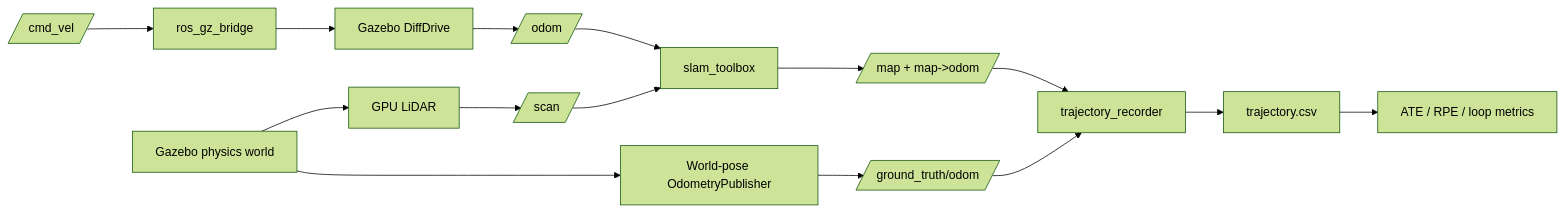
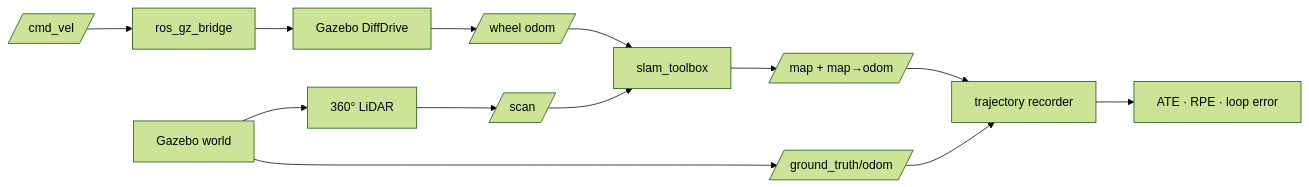
The diagram in README.md (VivekVRobo/slam-robot-ros2), drawn with Mermaid (forest theme) before and after one commit. The commit also changed other lines of this file, not shown here.

````diff
--- a/README.md
+++ b/README.md
@@ -48,17 +11,15 @@
 ```mermaid
 flowchart LR
-    CMD[/cmd_vel/] --> B[ros_gz_bridge]
-    B --> DD[Gazebo DiffDrive]
-    DD --> ODOM[/odom/]
-    GZ[Gazebo physics world] --> L[GPU LiDAR]
-    L --> SCAN[/scan/]
-    GZ --> GT[World-pose OdometryPublisher]
-    GT --> GTO[/ground_truth/odom/]
+    CMD[/cmd_vel/] --> BRIDGE[ros_gz_bridge]
+    BRIDGE --> DRIVE[Gazebo DiffDrive]
+    DRIVE --> ODOM[/wheel odom/]
+    GZ[Gazebo world] --> LIDAR[360° LiDAR]
+    LIDAR --> SCAN[/scan/]
+    GZ --> GT[/ground_truth/odom/]
     SCAN --> SLAM[slam_toolbox]
     ODOM --> SLAM
-    SLAM --> MAP[/map + map->odom/]
-    MAP --> REC[trajectory_recorder]
-    GTO --> REC
-    REC --> CSV[trajectory.csv]
-    CSV --> METRICS[ATE / RPE / loop metrics]
+    SLAM --> MAP[/map + map→odom/]
+    MAP --> REC[trajectory recorder]
+    GT --> REC
+    REC --> METRICS[ATE · RPE · loop error]
 ```
````
